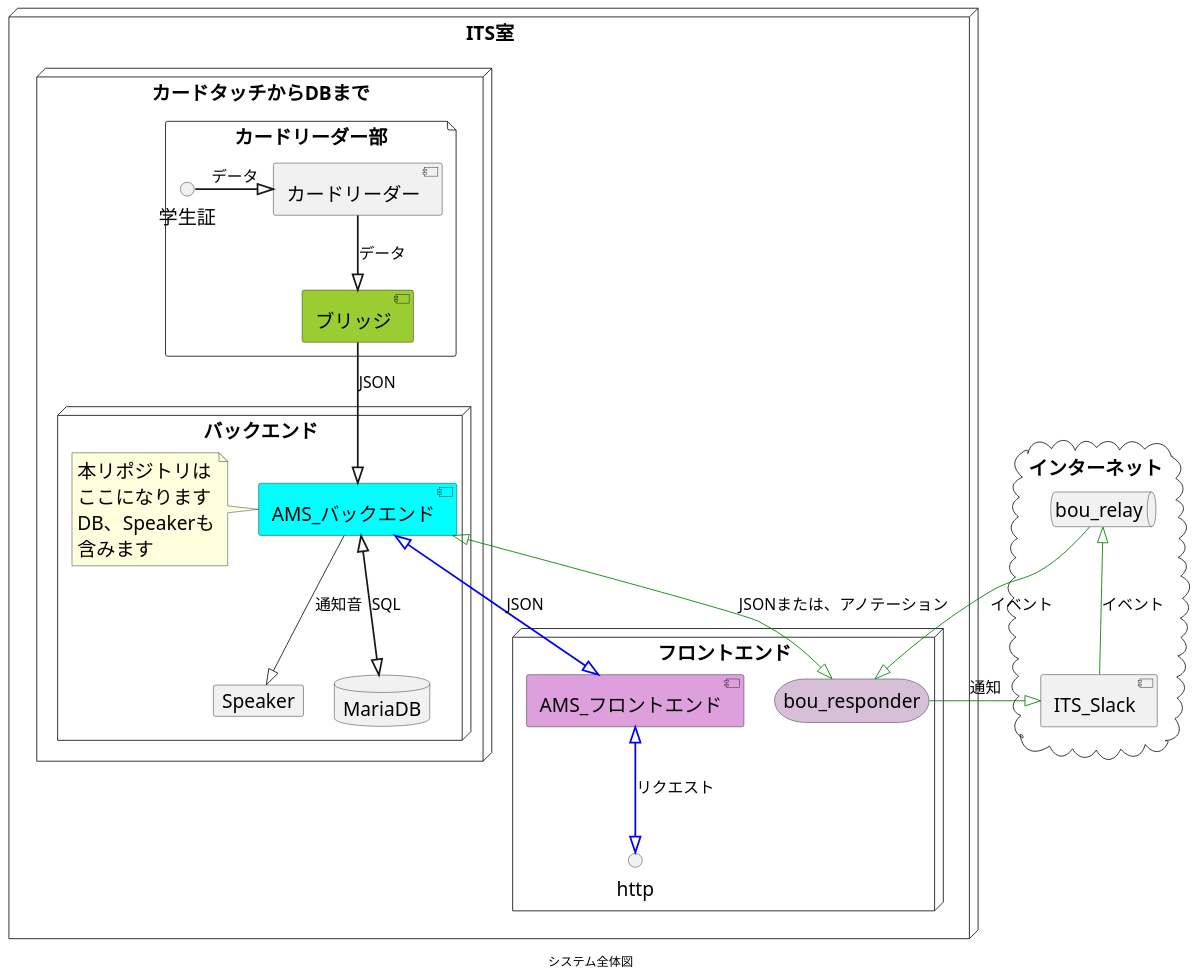
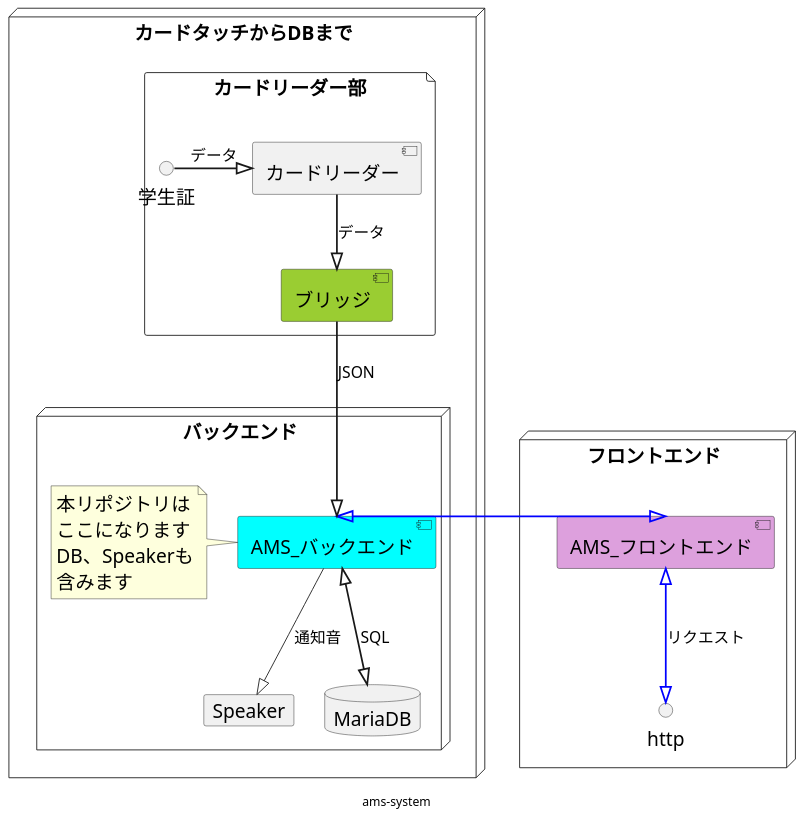
One commit to su-its/ams-backend changed the diagram in docs/AMS_MAP/AMS_MAP.puml. Above: the diagram before and after it, drawn with PlantUML. The commit also changed 3 other files, not shown here.

```diff
--- a/docs/AMS_MAP/AMS_MAP.puml
+++ b/docs/AMS_MAP/AMS_MAP.puml
@@ -1,57 +1,44 @@
 @startuml AMS_MAP
 
 skinparam DefaultFontName メイリオ
 skinparam DefaultFontSize 22
 skinparam ArrowFontSize 18
 
-caption システム全体図
+caption ams-system
 
-node ITS室{
-    node カードタッチからDBまで {
-        file カードリーダー部{
-            interface 学生証
-            [カードリーダー]
-            [ブリッジ] #YellowGreen
-        }
-        node バックエンド {
-            [AMS_バックエンド] #Aqua
-            note left: 本リポジトリは\nここになります\nDB、Speakerも\n含みます
-            database MariaDB
-            card Speaker
-        }
+node カードタッチからDBまで {
+    file カードリーダー部{
+        interface 学生証
+        [カードリーダー]
+        [ブリッジ] #YellowGreen
     }
-
-    node フロントエンド {
-        [AMS_フロントエンド] #plum
-        storage bou_responder #Thistle
-        interface http
+    node バックエンド {
+        [AMS_バックエンド] #Aqua
+        note left: 本リポジトリは\nここになります\nDB、Speakerも\n含みます
+        card Speaker
+        database MariaDB
     }
 }
-cloud インターネット {
-    [ITS_Slack]
-    queue bou_relay
+
+
+node フロントエンド {
+    [AMS_フロントエンド] #plum
+    interface http
 }
 
 ' レイアウト調整
-ITS室 -[hidden]right-> インターネット
-MariaDB -[hidden]left-> Speaker
-[ITS_Slack] -[hidden]up-> bou_relay
+[AMS_バックエンド] -[hidden]right-> [AMS_フロントエンド]
+カードタッチからDBまで -[hidden]up-> フロントエンド
 
 ' カードリーダー&バックエンド部
 学生証 =^ [カードリーダー]: データ
 [カードリーダー] ==^ [ブリッジ]: データ
 [ブリッジ] ==^ [AMS_バックエンド]: JSON
 [AMS_バックエンド] ^==^ MariaDB: SQL
 [AMS_バックエンド] --^ Speaker: 通知音
 
 ' フロンドエンド部
-[AMS_バックエンド] ^=[#blue]=^ [AMS_フロントエンド]: JSON
-[AMS_バックエンド] ^-[#green]-^ [bou_responder]: JSONまたは、アノテーション
+[AMS_バックエンド] ^=[#blue]=^ [AMS_フロントエンド]: \n
 [AMS_フロントエンド] ^=[#blue]=^ http : リクエスト
 
-' インターネット部
-[bou_responder] -[#green]-^ [ITS_Slack]: 通知
-[ITS_Slack] -[#green]-^ [bou_relay]: イベント
-[bou_relay] -[#green]-^ [bou_responder]: イベント
-
 @enduml
```
